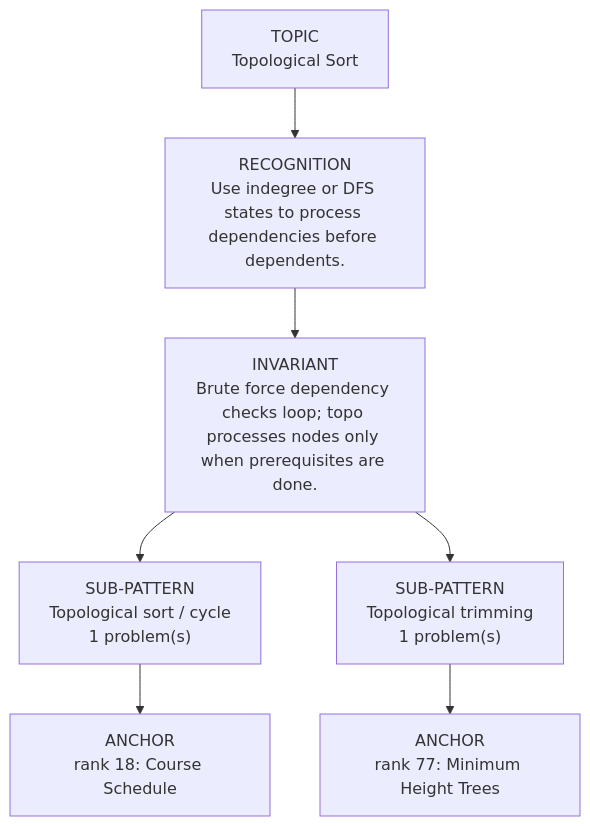
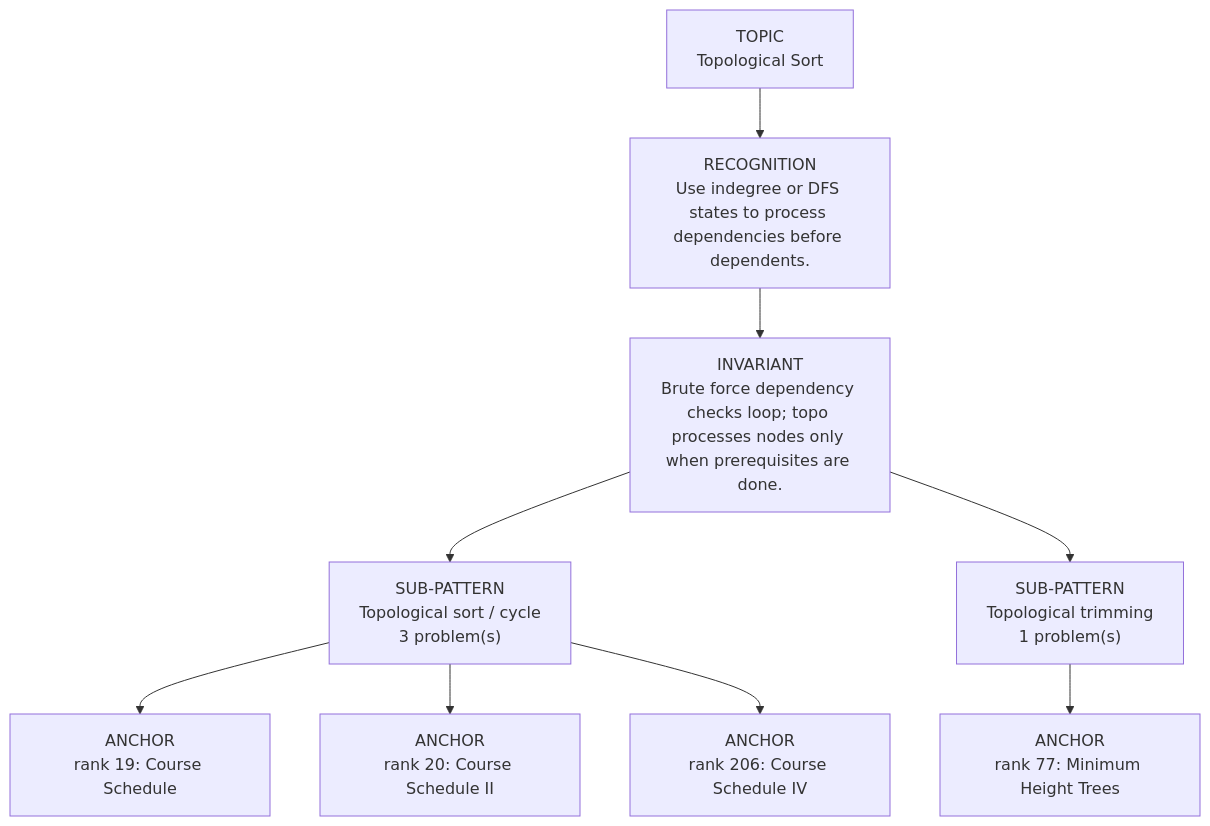
Before and after one commit to thechiranjeevjain/DSA10days: the diagram in dsa-review/interview/patterns/10_topological_sort.md, drawn with Mermaid. The commit also changed other lines of this file and 36 other files, not shown here.

````diff
--- a/dsa-review/interview/patterns/10_topological_sort.md
+++ b/dsa-review/interview/patterns/10_topological_sort.md
@@ -15,11 +15,13 @@
 ```mermaid
 flowchart TD
   Topic["TOPIC<br/>Topological Sort"]
   Recognition["RECOGNITION<br/>Use indegree or DFS states to process dependencies before dependents."]
   Invariant["INVARIANT<br/>Brute force dependency checks loop; topo processes nodes only when prerequisites are done."]
   Topic --> Recognition --> Invariant
-  Invariant --> Sub01["SUB-PATTERN<br/>Topological sort / cycle<br/>1 problem(s)"]
-  Sub01 --> Sub01A01["ANCHOR<br/>rank 18: Course Schedule"]
+  Invariant --> Sub01["SUB-PATTERN<br/>Topological sort / cycle<br/>3 problem(s)"]
+  Sub01 --> Sub01A01["ANCHOR<br/>rank 19: Course Schedule"]
+  Sub01 --> Sub01A02["ANCHOR<br/>rank 20: Course Schedule II"]
+  Sub01 --> Sub01A03["ANCHOR<br/>rank 206: Course Schedule IV"]
   Invariant --> Sub02["SUB-PATTERN<br/>Topological trimming<br/>1 problem(s)"]
   Sub02 --> Sub02A01["ANCHOR<br/>rank 77: Minimum Height Trees"]
 ```
````
